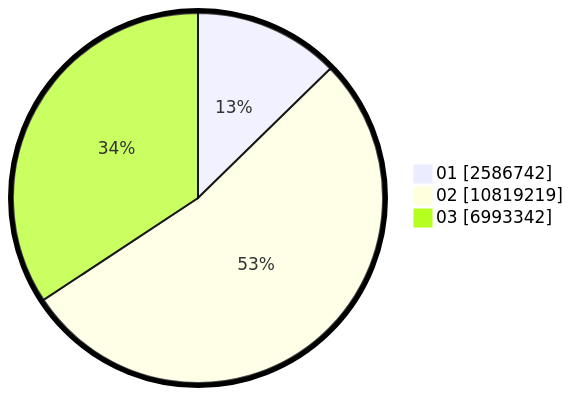
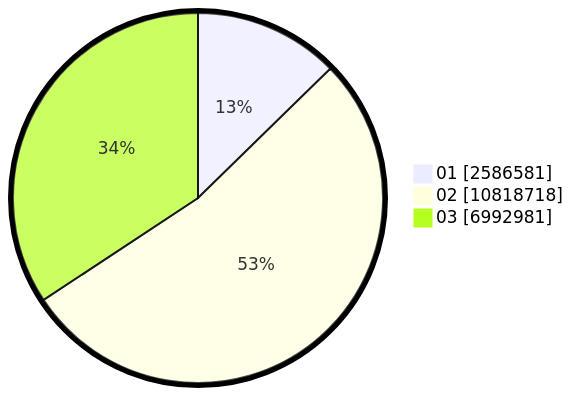
Before and after one commit to gigit-pemilu/pemilu-2024: the second of 2 diagrams in pilpres/hitung-suara/sub/table-wilayah-33.md, drawn with Mermaid. The commit also changed other lines of this file and 8 other files, not shown here.

````diff
--- a/pilpres/hitung-suara/sub/table-wilayah-33.md
+++ b/pilpres/hitung-suara/sub/table-wilayah-33.md
@@ -15,7 +15,7 @@
 ```mermaid
 %%{init: {"pie": {"textPosition": 0.5}, "themeVariables": {"pieOuterStrokeWidth": "5px"}} }%%
 pie showData
-    "01" : 2586742
-    "02" : 10819219
-    "03" : 6993342
+    "01" : 2586581
+    "02" : 10818718
+    "03" : 6992981
 ```
````
